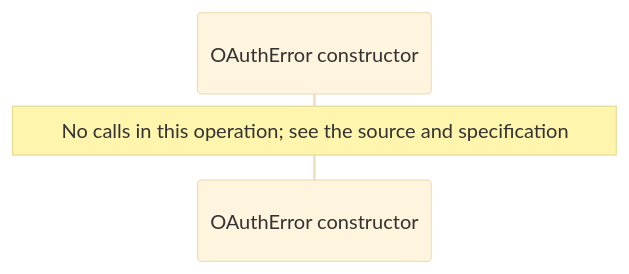
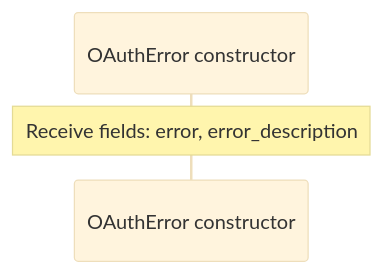
The seventh of 12 diagrams in docs/examples/oidc-login/provider/contracts-diagrams.md (GreenPandaStudios/augscript), drawn with Mermaid (base theme) before and after one commit. The commit also changed other lines of this file and 289 other files, not shown here.

Commit message:
Correct diagram control flow and complete generated wiki navigation

````diff
--- a/docs/examples/oidc-login/provider/contracts-diagrams.md
+++ b/docs/examples/oidc-login/provider/contracts-diagrams.md
@@ -114,6 +114,6 @@
 ```mermaid
 sequenceDiagram
     participant p0 as OAuthError constructor
 
-    Note over p0: No calls in this operation#59; see the source and specification
+    Note over p0: Receive fields: error, error_description
 ```
````
